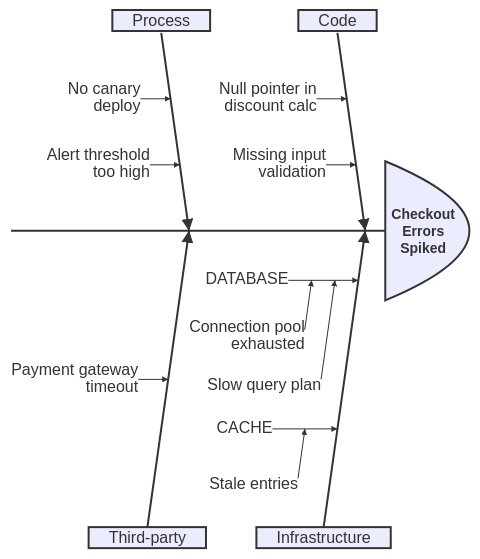
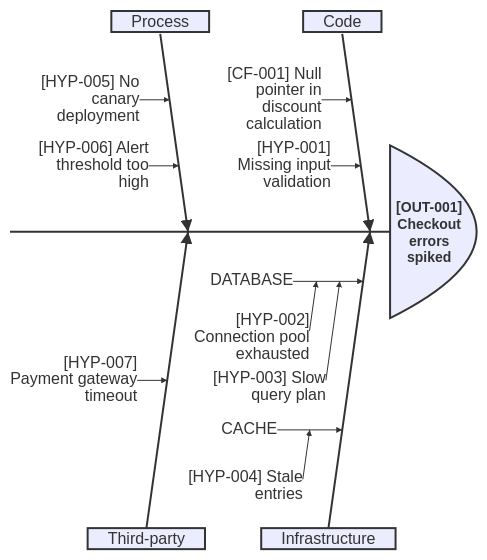
One commit to flatrick/agent-skills changed the diagram in mastery-of-mermaid/references/ishikawa.md. Above: the diagram before and after it, drawn with Mermaid. The commit also changed other lines of this file and 7 other files, not shown here.

````diff
--- a/mastery-of-mermaid/references/ishikawa.md
+++ b/mastery-of-mermaid/references/ishikawa.md
@@ -14,18 +28,18 @@
 ```mermaid
 ishikawa-beta
-    Checkout Errors Spiked
+    [OUT-001] Checkout errors spiked
     Code
-        Null pointer in discount calc
-        Missing input validation
+        [CF-001] Null pointer in discount calculation
+        [HYP-001] Missing input validation
     Infrastructure
         DATABASE
-            Connection pool exhausted
-            Slow query plan
+            [HYP-002] Connection pool exhausted
+            [HYP-003] Slow query plan
         CACHE
-            Stale entries
+            [HYP-004] Stale entries
     Process
-        No canary deploy
-        Alert threshold too high
+        [HYP-005] No canary deployment
+        [HYP-006] Alert threshold too high
     Third-party
-        Payment gateway timeout
+        [HYP-007] Payment gateway timeout
 ```
````
